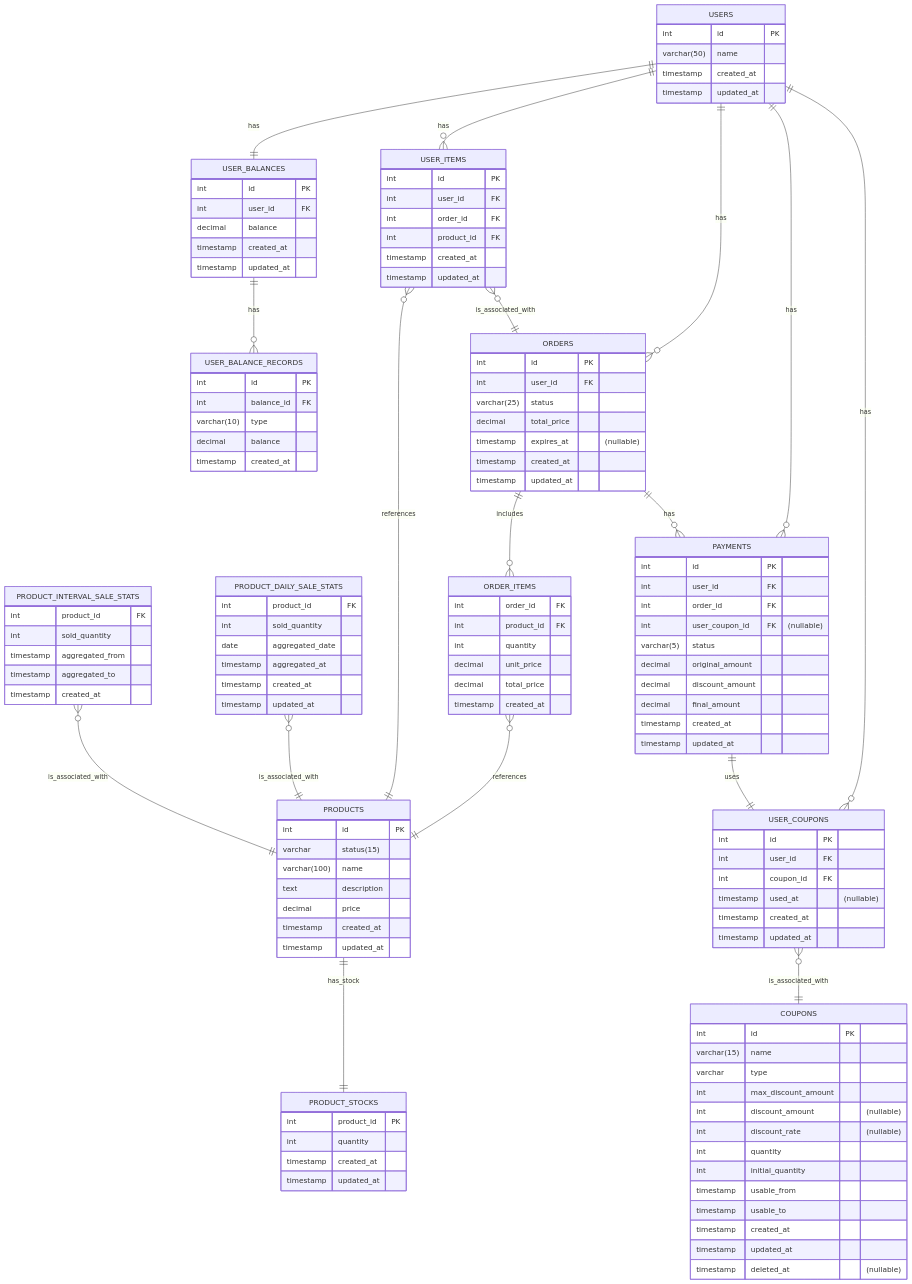
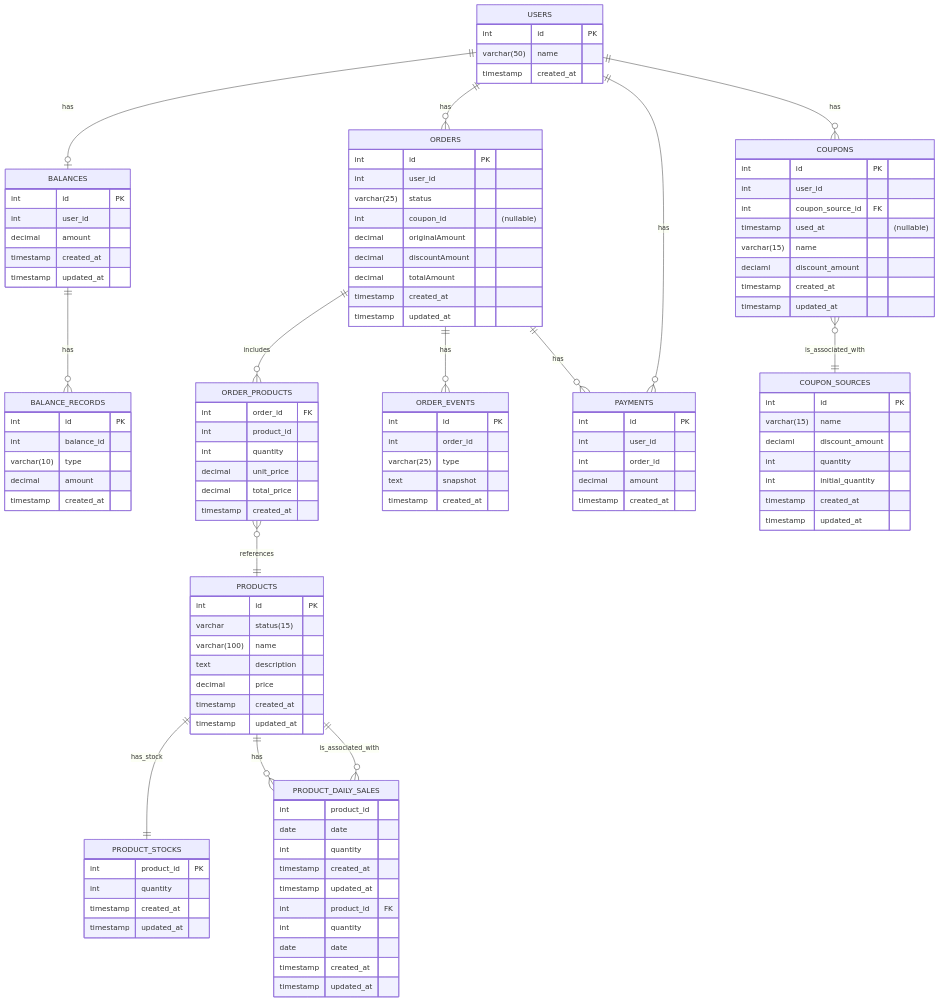
Before and after one commit to alert-kim/e-commerce: the diagram in docs/specs/erd.md, drawn with Mermaid. The commit also changed 14 other files, not shown here.

````diff
--- a/docs/specs/erd.md
+++ b/docs/specs/erd.md
@@ -4,38 +4,46 @@
         int id PK
         varchar(50) name
         timestamp created_at
-        timestamp updated_at
     }
-    USER_BALANCES {
+    BALANCES {
         int id PK
-        int user_id FK
-        decimal balance
+        int user_id
+        decimal amount
         timestamp created_at
         timestamp updated_at
     }
-    USER_BALANCE_RECORDS {
+    BALANCE_RECORDS {
         int id PK
-        int balance_id FK
+        int balance_id
         varchar(10) type
-        decimal balance
+        decimal amount
         timestamp created_at
     }
 
     ORDERS {
         int id PK
-        int user_id FK
+        int user_id
         varchar(25) status
-        decimal total_price
-        timestamp expires_at "(nullable)"
+        int coupon_id "(nullable)"
+        decimal originalAmount
+        decimal discountAmount
+        decimal totalAmount
         timestamp created_at
         timestamp updated_at
     }
-    ORDER_ITEMS {
+    ORDER_PRODUCTS {
         int order_id FK
-        int product_id FK
+        int product_id
         int quantity
         decimal unit_price
         decimal total_price
+        timestamp created_at
+    }
+    ORDER_EVENTS {
+        int id PK
+        int order_id
+        varchar(25) type
+        text snapshot
         timestamp created_at
     }
 
@@ -54,90 +62,66 @@
         timestamp created_at
         timestamp updated_at
     }
+    PRODUCT_DAILY_SALES {
+        int product_id
+        date date
+        int quantity
+        timestamp created_at
+        timestamp updated_at
+    }
 
     PAYMENTS {
         int id PK
-        int user_id FK
-        int order_id FK
-        int user_coupon_id FK "(nullable)"
-        varchar(5) status
-        decimal original_amount
-        decimal discount_amount
-        decimal final_amount
+        int user_id
+        int order_id
+        decimal amount
+        timestamp created_at
+    }
+    
+    COUPONS {
+        int id PK
+        int user_id
+        int coupon_source_id FK
+        timestamp used_at "(nullable)"
+        varchar(15) name
+        deciaml discount_amount
+        timestamp created_at
+        timestamp updated_at
+    }
+    COUPON_SOURCES {
+        int id PK
+        varchar(15) name
+        deciaml discount_amount
+        int quantity
+        int initial_quantity
+        timestamp created_at
+        timestamp updated_at
+    }
+
+    PRODUCT_DAILY_SALES {
+        int product_id FK
+        int quantity
+        date date
         timestamp created_at
         timestamp updated_at
     }
     
-    USER_COUPONS {
-        int id PK
-        int user_id FK
-        int coupon_id FK
-        timestamp used_at "(nullable)"
-        timestamp created_at
-        timestamp updated_at
-    }
-    COUPONS {
-        int id PK
-        varchar(15) name
-        varchar type
-        int max_discount_amount
-        int discount_amount "(nullable)"
-        int discount_rate "(nullable)"
-        int quantity
-        int initial_quantity
-        timestamp usable_from
-        timestamp usable_to
-        timestamp created_at
-        timestamp updated_at
-        timestamp deleted_at "(nullable)"
-    }
-
-    USER_ITEMS {
-        int id PK
-        int user_id FK
-        int order_id FK
-        int product_id FK
-        timestamp created_at
-        timestamp updated_at
-    }
-
-    PRODUCT_INTERVAL_SALE_STATS {
-        int product_id FK
-        int sold_quantity
-        timestamp aggregated_from
-        timestamp aggregated_to
-        timestamp created_at
-    }
-    PRODUCT_DAILY_SALE_STATS {
-        int product_id FK
-        int sold_quantity
-        date aggregated_date
-        timestamp aggregated_at
-        timestamp created_at
-        timestamp updated_at
-    }
-    
-    
-    USERS one to one USER_BALANCES: has
+    USERS one to one or zero BALANCES: has
     USERS one to many ORDERS: has
     USERS one to many PAYMENTS: has
-    USERS one to many USER_COUPONS: has
-    USERS one to many USER_ITEMS: has
+    USERS one to many COUPONS: has
     
-    USER_BALANCES one to many USER_BALANCE_RECORDS: has
+    BALANCES one to many BALANCE_RECORDS: has
     
-    ORDERS one to many ORDER_ITEMS: includes
-    ORDER_ITEMS many to one PRODUCTS: references
+    ORDERS one to many ORDER_PRODUCTS: includes
+    ORDER_PRODUCTS many to one PRODUCTS: references
+    ORDERS one to many ORDER_EVENTS: has
 
     PRODUCTS one to one PRODUCT_STOCKS: has_stock
+    PRODUCTS one to many PRODUCT_DAILY_SALES: has
 
     ORDERS one to many PAYMENTS: has
-    PAYMENTS one to one USER_COUPONS: uses
-    USER_COUPONS many to one COUPONS: is_associated_with
+    COUPONS many to one COUPON_SOURCES: is_associated_with
 
-    USER_ITEMS many to one ORDERS: is_associated_with
-    USER_ITEMS many to one PRODUCTS: references
-
-    PRODUCT_DAILY_SALE_STATS many to one PRODUCTS: is_associated_with
-    PRODUCT_INTERVAL_SALE_STATS many to one PRODUCTS: is_associated_with
+    PRODUCT_DAILY_SALES many to one PRODUCTS: is_associated_with
 ```
````
